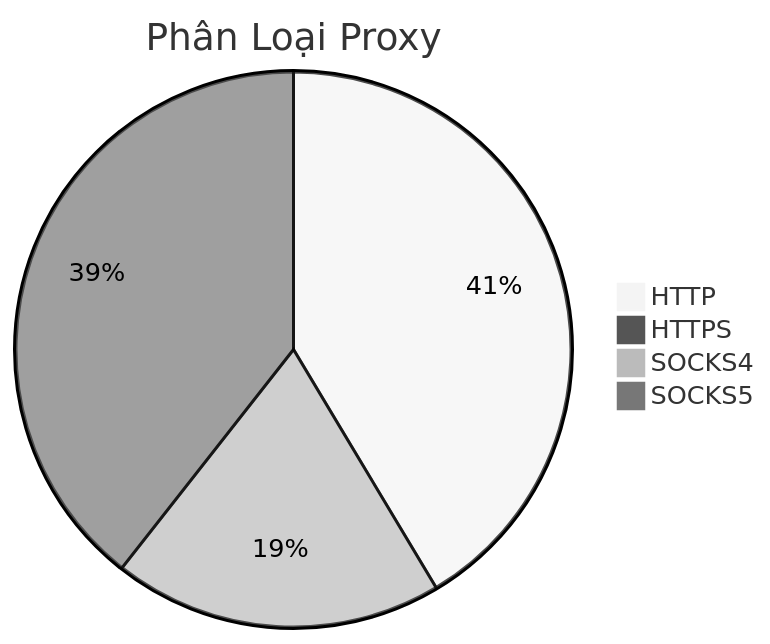
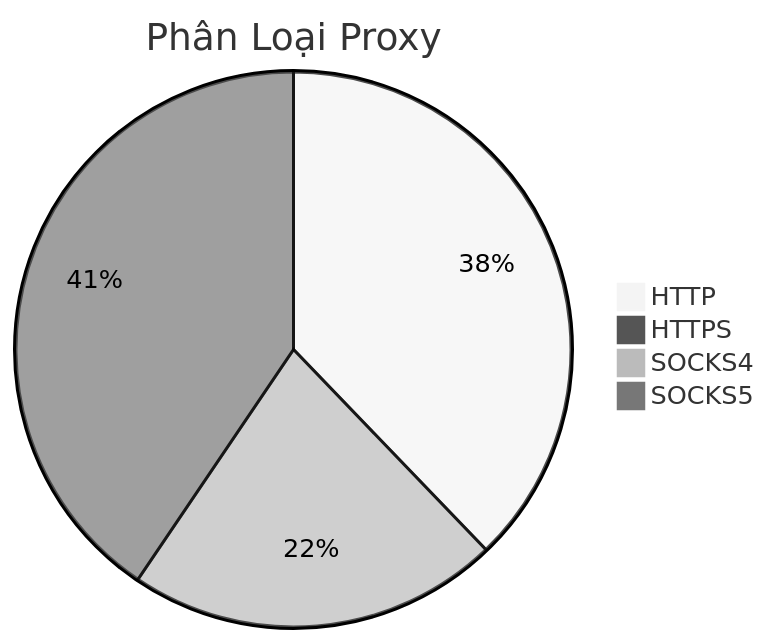
Before and after one commit to Ciara-12/PROXY-free: the diagram in README.md, drawn with Mermaid (neutral theme). The commit also changed other lines of this file and 3 other files, not shown here.

````diff
--- a/README.md
+++ b/README.md
@@ -26,7 +26,7 @@
 ```mermaid
 pie title Phân Loại Proxy
-    "HTTP" : 639
+    "HTTP" : 529
     "HTTPS" : 0
-    "SOCKS4" : 296
-    "SOCKS5" : 608
+    "SOCKS4" : 303
+    "SOCKS5" : 567
 ```
````
